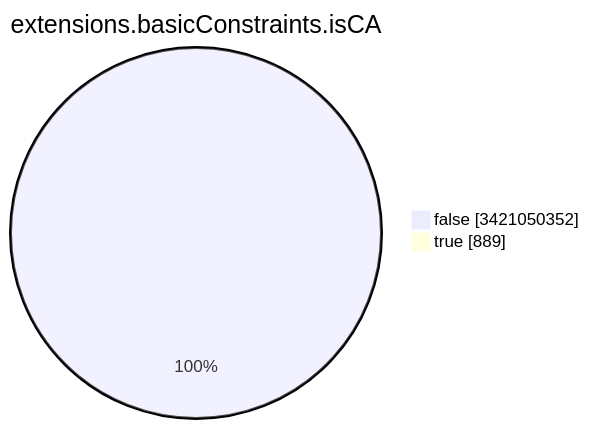
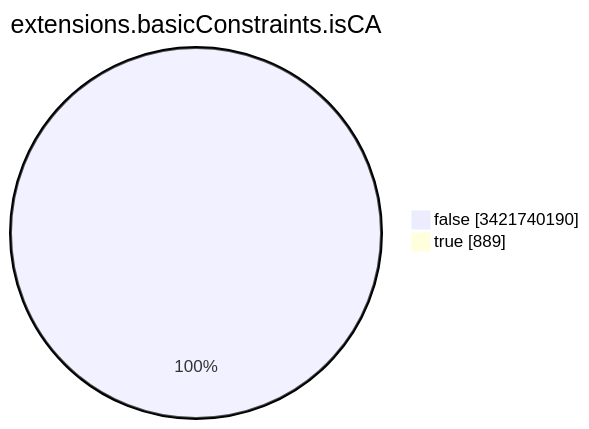
Before and after one commit to christiankrug/ctmonitor_visualization: the seventh of 15 diagrams in TOTAL/README.md, drawn with Mermaid. The commit also changed other lines of this file, not shown here.

````diff
--- a/TOTAL/README.md
+++ b/TOTAL/README.md
@@ -3092,6 +3092,6 @@
 ```mermaid
 pie showData
 title extensions.basicConstraints.isCA
-"false" :3421050352
+"false" :3421740190
 "true" :889
 ```
````
